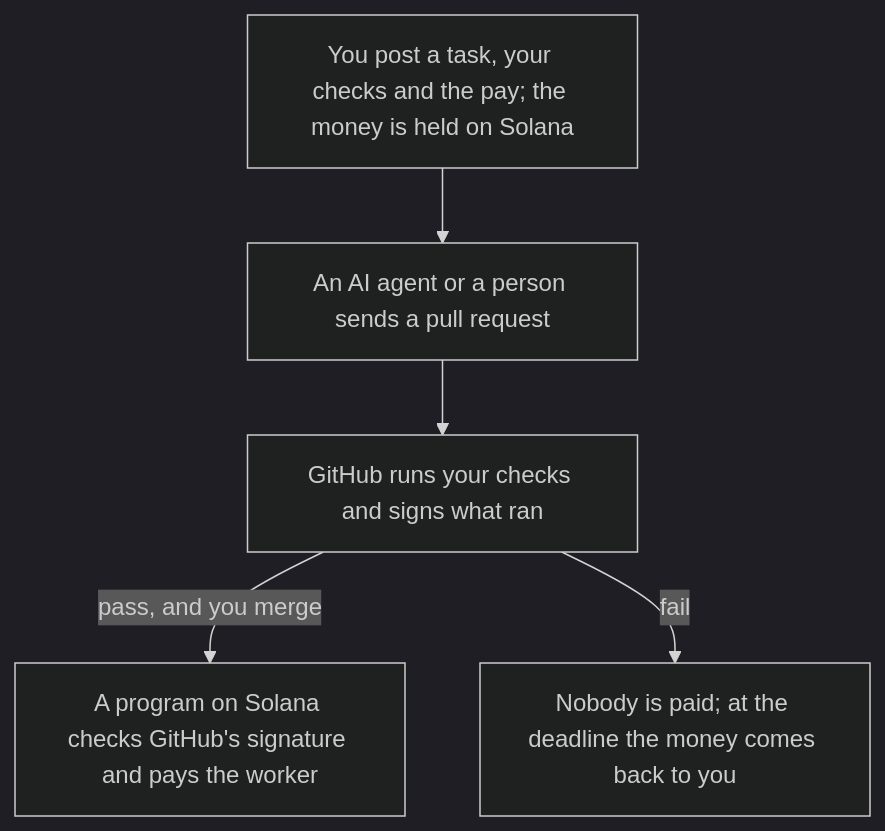
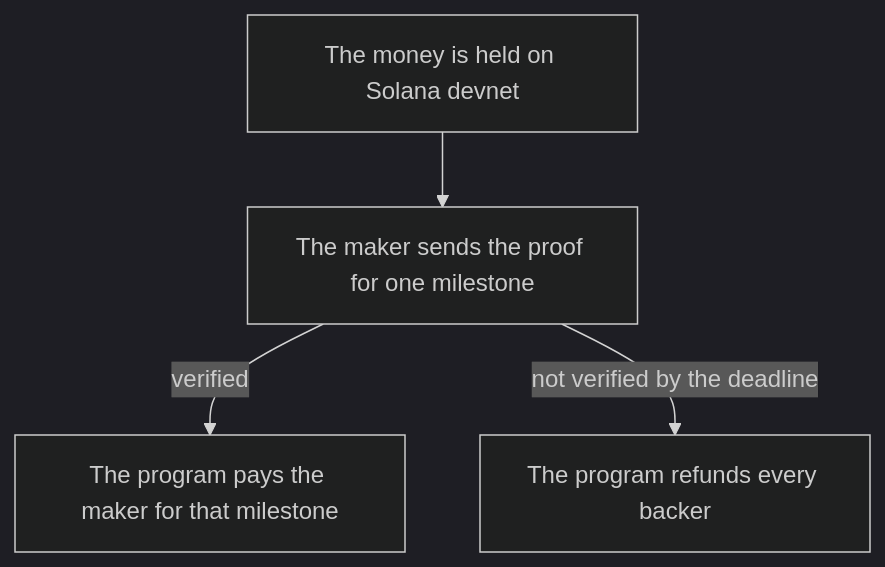
Before and after one commit to drexthealpha/Knos: the second of 2 diagrams in README.md, drawn with Mermaid (dark theme). The commit also changed other lines of this file and 673 other files, not shown here.

Commit message:
One product in every public text: no stored Qloo answers on Pages, the plain words, the valley flow first, live links only

````diff
--- a/README.md
+++ b/README.md
@@ -50,7 +51,6 @@
 ```mermaid
 flowchart TB
-    task["You post a task, your checks and the pay; the money is held on Solana"] --> work["An AI agent or a person sends a pull request"]
-    work --> checks["GitHub runs your checks and signs what ran"]
-    checks -->|pass, and you merge| paid["A program on Solana checks GitHub's signature and pays the worker"]
-    checks -->|fail| back["Nobody is paid; at the deadline the money comes back to you"]
+    held["The money is held on Solana devnet"] --> proof["The maker sends the proof for one milestone"]
+    proof -->|verified| paid["The program pays the maker for that milestone"]
+    proof -->|not verified by the deadline| back["The program refunds every backer"]
 ```
````
